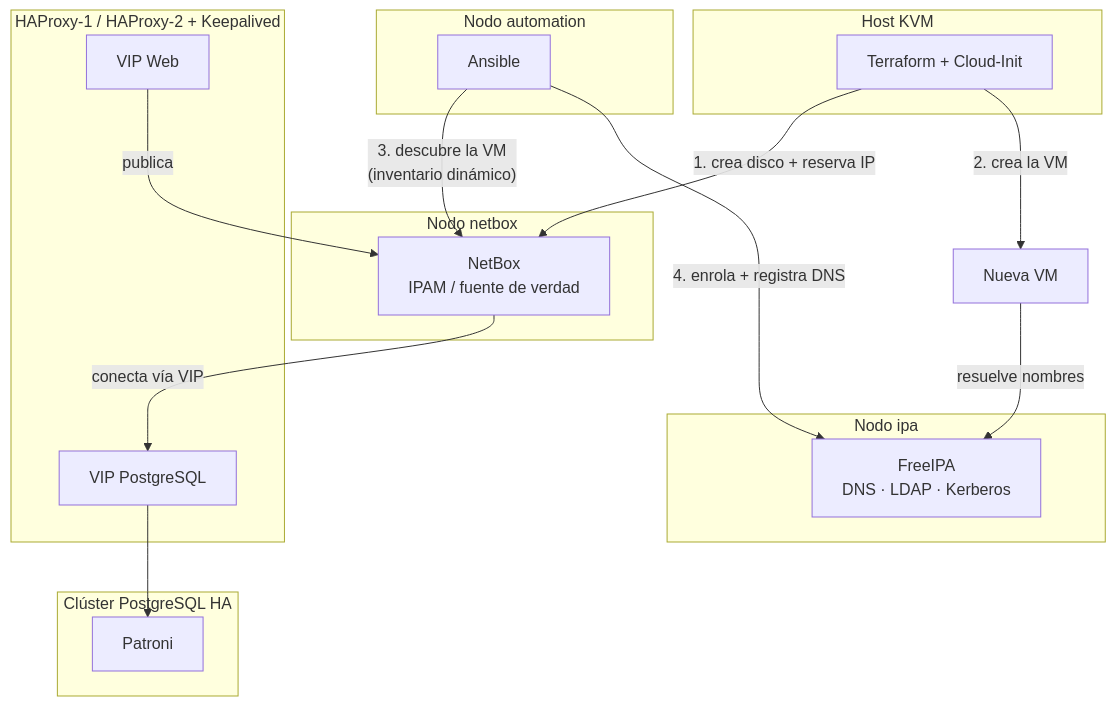
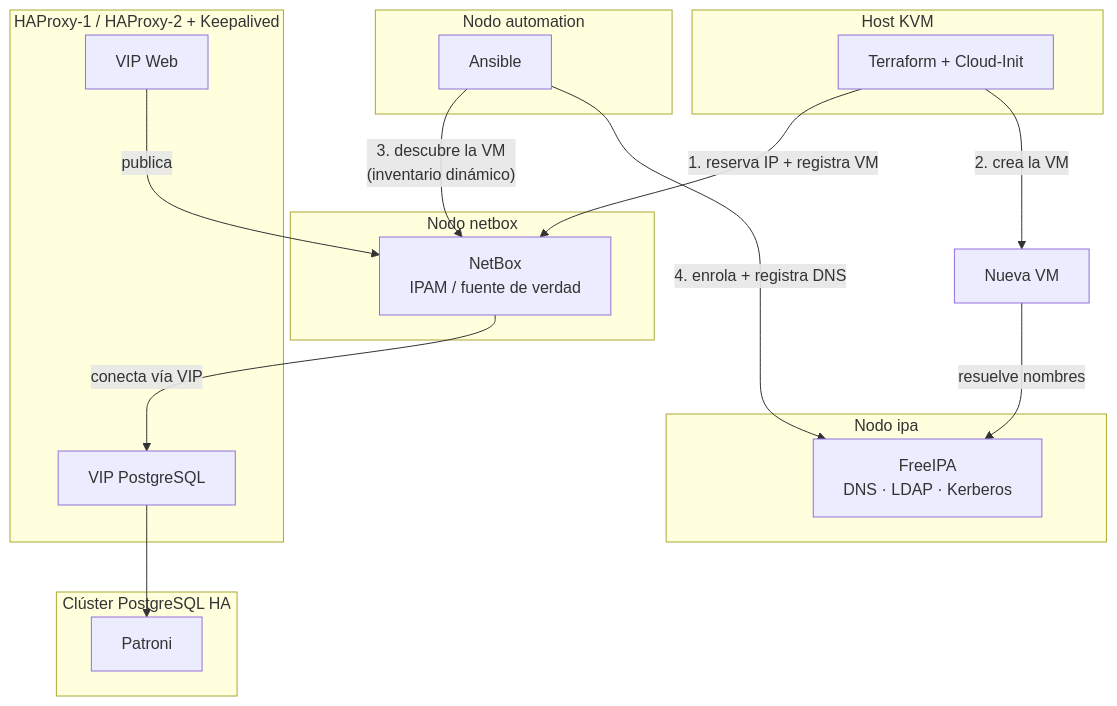
The diagram in README.md (hernandezrubiomario/homelab-iac), drawn with Mermaid before and after one commit. The commit also changed other lines of this file, not shown here.

````diff
--- a/README.md
+++ b/README.md
@@ -28,36 +29,36 @@
 ```mermaid
 flowchart TD
     subgraph KVM["Host KVM"]
         TF[Terraform + Cloud-Init]
     end
 
     subgraph AUTO["Nodo automation"]
         ANS[Ansible]
     end
 
     subgraph IDENT["Nodo ipa"]
         IPA[FreeIPA<br/>DNS · LDAP · Kerberos]
     end
 
     subgraph NB["Nodo netbox"]
         NBX[NetBox<br/>IPAM / fuente de verdad]
     end
 
     subgraph PG["Clúster PostgreSQL HA"]
         PATRONI[Patroni]
     end
 
     subgraph LB["HAProxy-1 / HAProxy-2 + Keepalived"]
         VIP_WEB[VIP Web]
         VIP_PG[VIP PostgreSQL]
     end
 
-    TF -- "1. crea disco + reserva IP" --> NBX
+    TF -- "1. reserva IP + registra VM" --> NBX
     TF -- "2. crea la VM" --> VM[Nueva VM]
     ANS -- "3. descubre la VM<br/>(inventario dinámico)" --> NBX
     ANS -- "4. enrola + registra DNS" --> IPA
     VM -- "resuelve nombres" --> IPA
     NBX -- "conecta vía VIP" --> VIP_PG
     VIP_PG --> PATRONI
     VIP_WEB -- publica --> NBX
 ```
````
